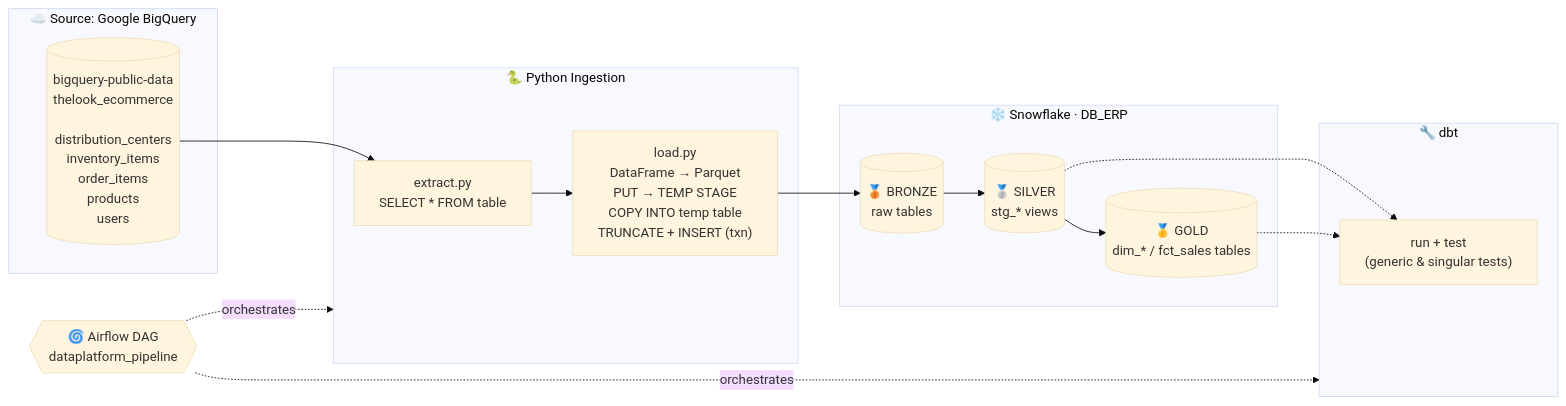
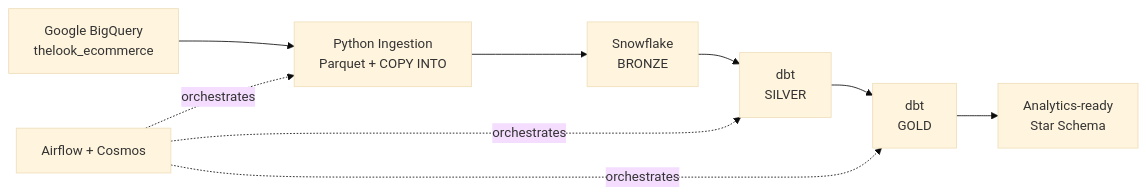
The first of 2 diagrams in README.md (FernandaCladera/data-platform), drawn with Mermaid (base theme) before and after one commit. The commit also changed other lines of this file, not shown here.

````diff
--- a/README.md
+++ b/README.md
@@ -11,32 +9,14 @@
 ```mermaid
 flowchart LR
-    subgraph SRC["☁️ Source: Google BigQuery"]
-        BQ[("bigquery-public-data<br/>thelook_ecommerce<br/><br/>distribution_centers<br/>inventory_items<br/>order_items<br/>products<br/>users")]
-    end
-
-    subgraph ING["🐍 Python Ingestion"]
-        EX["extract.py<br/>SELECT * FROM table"]
-        LD["load.py<br/>DataFrame → Parquet<br/>PUT → TEMP STAGE<br/>COPY INTO temp table<br/>TRUNCATE + INSERT (txn)"]
-        EX --> LD
-    end
-
-    subgraph SF["❄️ Snowflake · DB_ERP"]
-        BR[("🥉 BRONZE<br/>raw tables")]
-        SI[("🥈 SILVER<br/>stg_* views")]
-        GO[("🥇 GOLD<br/>dim_* / fct_sales tables")]
-        BR --> SI --> GO
-    end
-
-    subgraph DBT["🔧 dbt"]
-        T["run + test<br/>(generic & singular tests)"]
-    end
-
-    BQ --> EX
-    LD --> BR
-    SI -.-> T
-    GO -.-> T
-
-    AF{{"🌀 Airflow DAG<br/>dataplatform_pipeline"}}
-    AF -. orchestrates .-> ING
-    AF -. orchestrates .-> DBT
+    BQ["Google BigQuery<br/>thelook_ecommerce"]
+    PY["Python Ingestion<br/>Parquet + COPY INTO"]
+    B["Snowflake<br/>BRONZE"]
+    S["dbt<br/>SILVER"]
+    G["dbt<br/>GOLD"]
+    BI["Analytics-ready<br/>Star Schema"]
+    BQ --> PY --> B --> S --> G --> BI
+    AF["Airflow + Cosmos"]
+    AF -. orchestrates .-> PY
+    AF -. orchestrates .-> S
+    AF -. orchestrates .-> G
 ```
````
